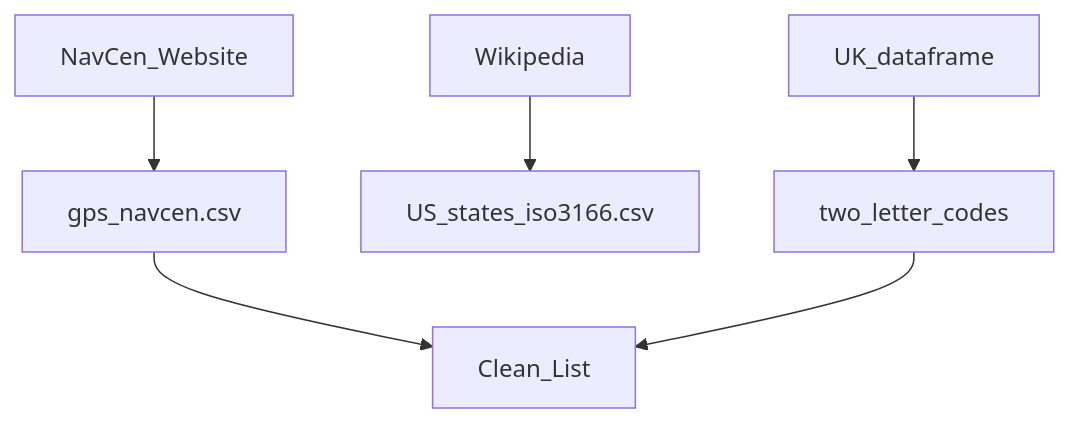
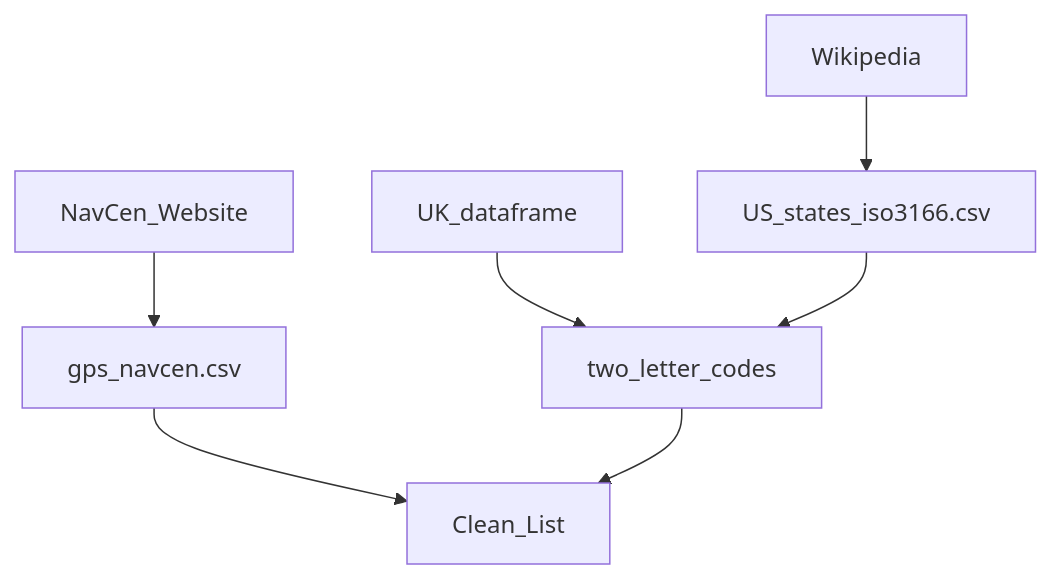
One commit to stelios-c/GPS_analysis changed the diagram in README.md. Above: the diagram before and after it, drawn with Mermaid.

````diff
--- a/README.md
+++ b/README.md
@@ -6,8 +6,9 @@
 ```mermaid
 graph TD;
     NavCen_Website-->gps_navcen.csv;
     Wikipedia--> US_states_iso3166.csv;
     UK_dataframe--> two_letter_codes;
+    US_states_iso3166.csv--> two_letter_codes;
     gps_navcen.csv-->Clean_List;
     two_letter_codes-->Clean_List;
  ```
````
